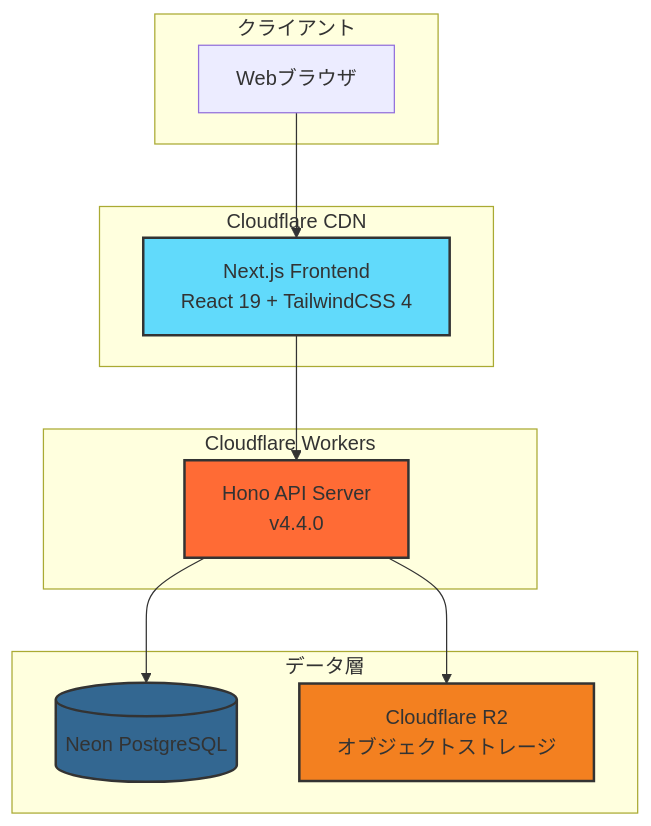
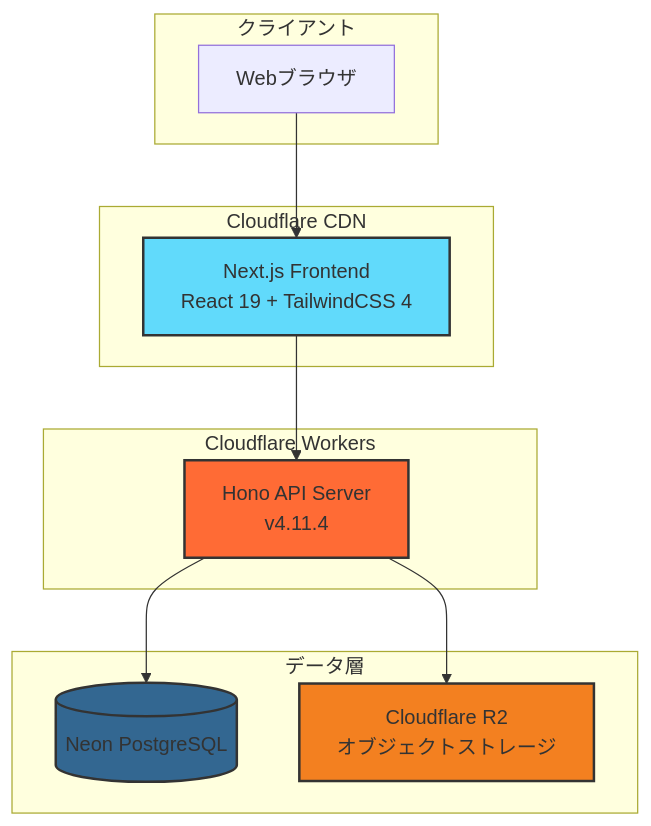
One commit to ProjectEuropa/Europa changed the first of 3 diagrams in readme.md. Above: the diagram before and after it, drawn with Mermaid. The commit also changed other lines of this file, not shown here.

First line of the commit message:
docs: Mermaid図内のバージョン番号を更新

````diff
--- a/readme.md
+++ b/readme.md
@@ -171,29 +171,29 @@
 ```mermaid
 graph TB
     subgraph "クライアント"
         Browser[Webブラウザ]
     end
 
     subgraph "Cloudflare CDN"
         Frontend[Next.js Frontend<br/>React 19 + TailwindCSS 4]
     end
 
     subgraph "Cloudflare Workers"
-        API[Hono API Server<br/>v4.4.0]
+        API[Hono API Server<br/>v4.11.4]
     end
 
     subgraph "データ層"
         DB[(Neon PostgreSQL)]
         R2[Cloudflare R2<br/>オブジェクトストレージ]
     end
 
     Browser --> Frontend
     Frontend --> API
     API --> DB
     API --> R2
 
     style Frontend fill:#61dafb,stroke:#333,stroke-width:2px
     style API fill:#ff6b35,stroke:#333,stroke-width:2px
     style DB fill:#336791,stroke:#333,stroke-width:2px
     style R2 fill:#f38020,stroke:#333,stroke-width:2px
 ```
````
